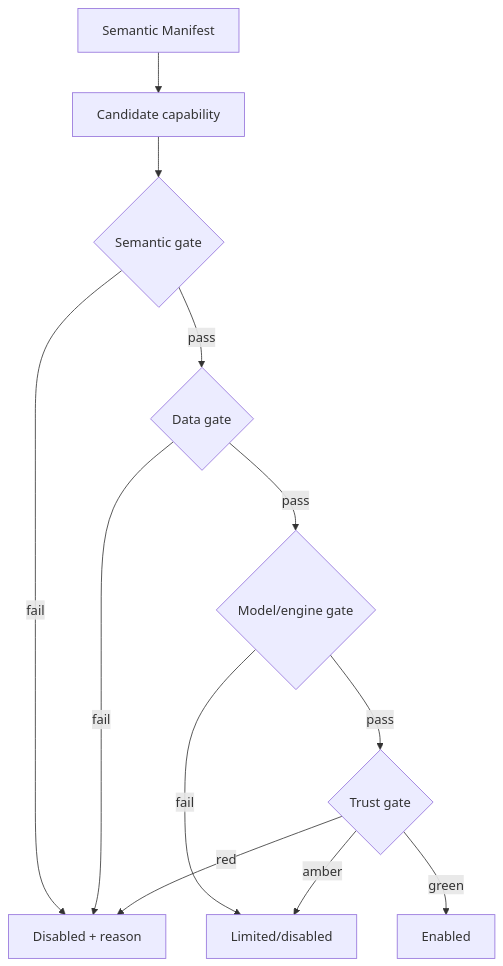
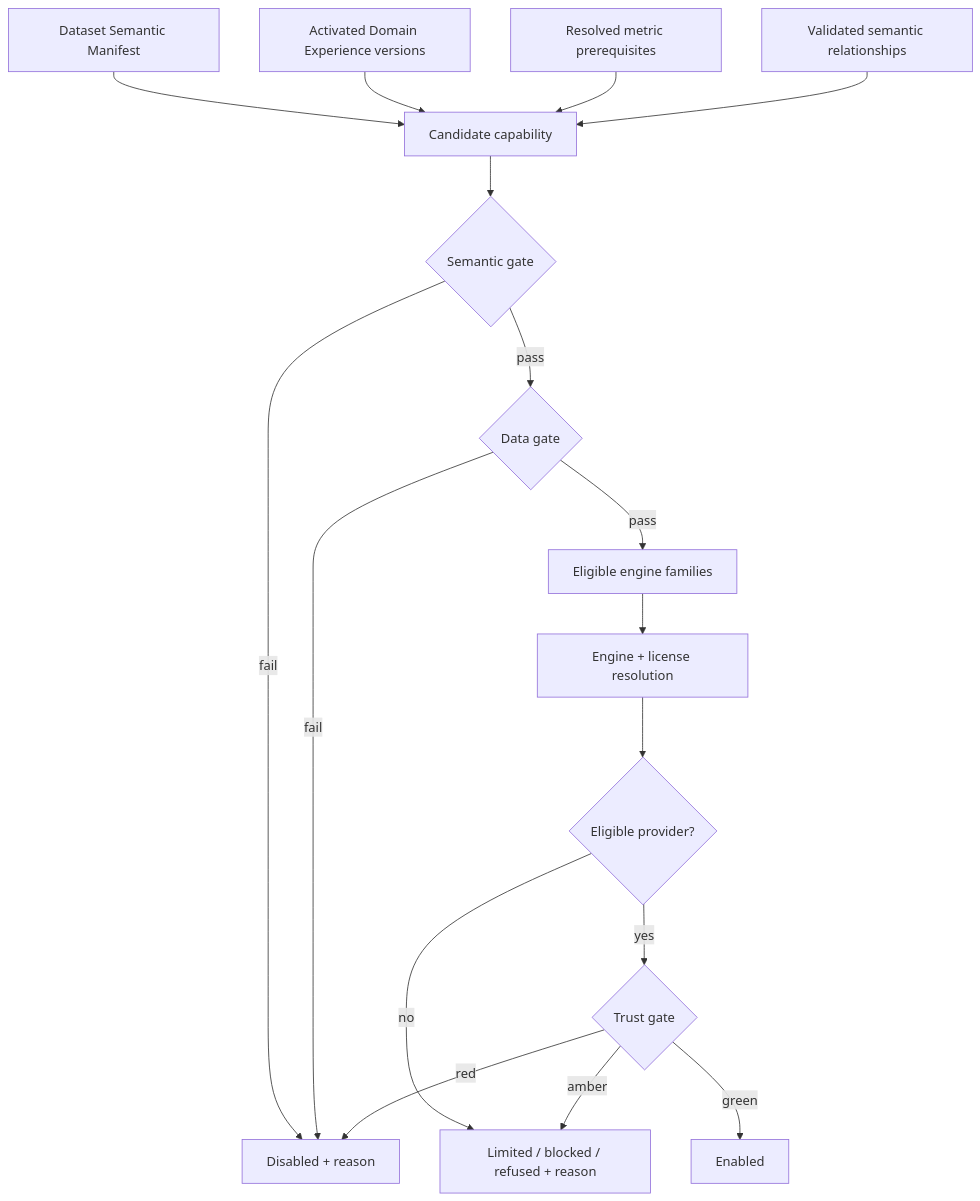
Before and after one commit to Kedar-Joshi07/IPSP: the diagram in flows/06_CAPABILITY_DISCOVERY.md, drawn with Mermaid. The commit also changed 43 other files, not shown here.

````diff
--- a/flows/06_CAPABILITY_DISCOVERY.md
+++ b/flows/06_CAPABILITY_DISCOVERY.md
@@ -2,14 +2,19 @@
 ```mermaid
 flowchart TD
-  MAN[Semantic Manifest] --> C[Candidate capability]
+  MAN[Dataset Semantic Manifest] --> C[Candidate capability]
+  DOM[Activated Domain Experience versions] --> C
+  MET[Resolved metric prerequisites] --> C
+  REL[Validated semantic relationships] --> C
   C --> S{Semantic gate}
   S -- fail --> OFF[Disabled + reason]
   S -- pass --> D{Data gate}
   D -- fail --> OFF
-  D -- pass --> M{Model/engine gate}
-  M -- fail --> LIM[Limited/disabled]
-  M -- pass --> T{Trust gate}
+  D -- pass --> FAM[Eligible engine families]
+  FAM --> RES[Engine + license resolution]
+  RES --> M{Eligible provider?}
+  M -- no --> LIM[Limited / blocked / refused + reason]
+  M -- yes --> T{Trust gate}
   T -- red --> OFF
   T -- amber --> LIM
   T -- green --> ON[Enabled]
 ```
````
